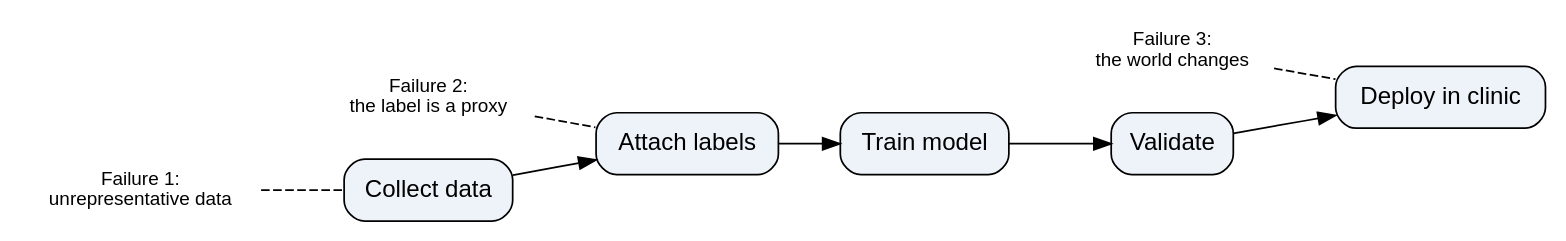
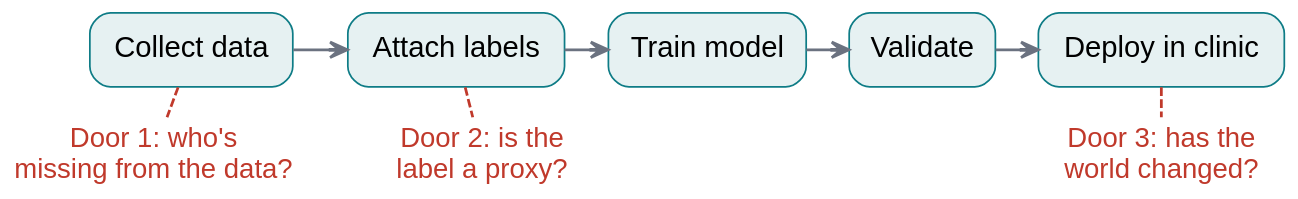
The diagram in chapters/10a-medical-ai.qmd (brendanpshea/bioethics), drawn with Graphviz before and after one commit. The commit also changed other lines of this file and 54 other files, not shown here.

````diff
--- a/chapters/10a-medical-ai.qmd
+++ b/chapters/10a-medical-ai.qmd
@@ -96,21 +94,24 @@
 ```{dot}
-//| fig-width: 9.5
+//| fig-width: 10
+//| fig-height: 2.1
 digraph pipeline {
-  rankdir=LR;
-  node [shape=box, style="rounded,filled", fillcolor="#eef3fa", fontname="Helvetica"];
+  graph [bgcolor="transparent", nodesep=0.35, ranksep=0.25, newrank=true];
+  node [shape=box, style="rounded,filled", fillcolor="#e6f1f2", color="#0e7c86", fontname="Helvetica", fontsize=17, height=0.6];
+  edge [arrowhead=vee, color="#6b7280", penwidth=1.6];
   collect [label="Collect data"];
   label_ [label="Attach labels"];
   train [label="Train model"];
   validate [label="Validate"];
   deploy [label="Deploy in clinic"];
-  collect -> label_ -> train -> validate -> deploy;
-
-  node [shape=plaintext, fillcolor=none, fontcolor="#a33", fontsize=11];
-  f1 [label="Failure 1:\nunrepresentative data"];
-  f2 [label="Failure 2:\nthe label is a proxy"];
-  f3 [label="Failure 3:\nthe world changes"];
-  f1 -> collect [style=dashed, color="#a33", arrowhead=none];
-  f2 -> label_ [style=dashed, color="#a33", arrowhead=none];
-  f3 -> deploy [style=dashed, color="#a33", arrowhead=none];
+  {rank=same; collect -> label_ -> train -> validate -> deploy;}
+  node [shape=plaintext, style="", fontcolor="#c0392b", fontsize=16, height=0.4];
+  f1 [label="Door 1: who's\nmissing from the data?"];
+  f2 [label="Door 2: is the\nlabel a proxy?"];
+  x1 [label=""]; x2 [label=""];
+  f3 [label="Door 3: has the\nworld changed?"];
+  {rank=same; f1; f2; x1; x2; f3;}
+  edge [style=dashed, color="#c0392b", arrowhead=none];
+  collect -> f1; label_ -> f2; deploy -> f3;
+  train -> x1 [style=invis]; validate -> x2 [style=invis];
 }
 ```
````
